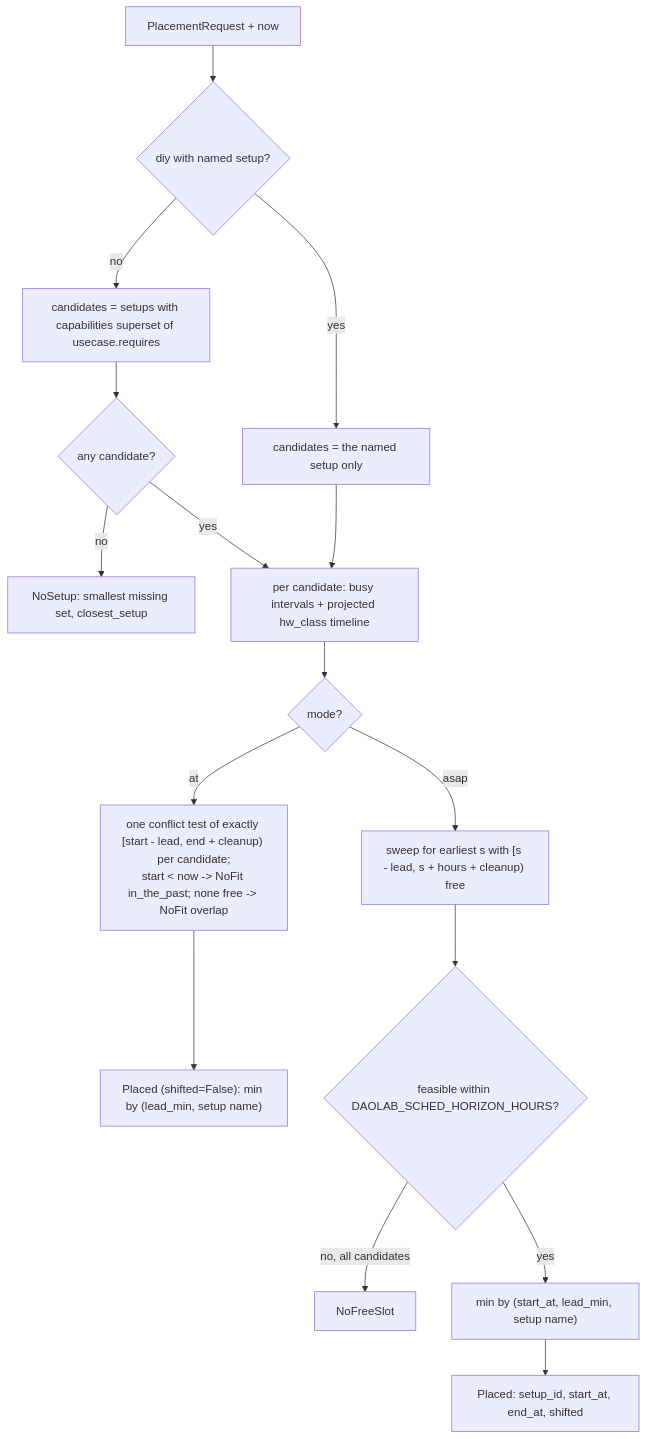
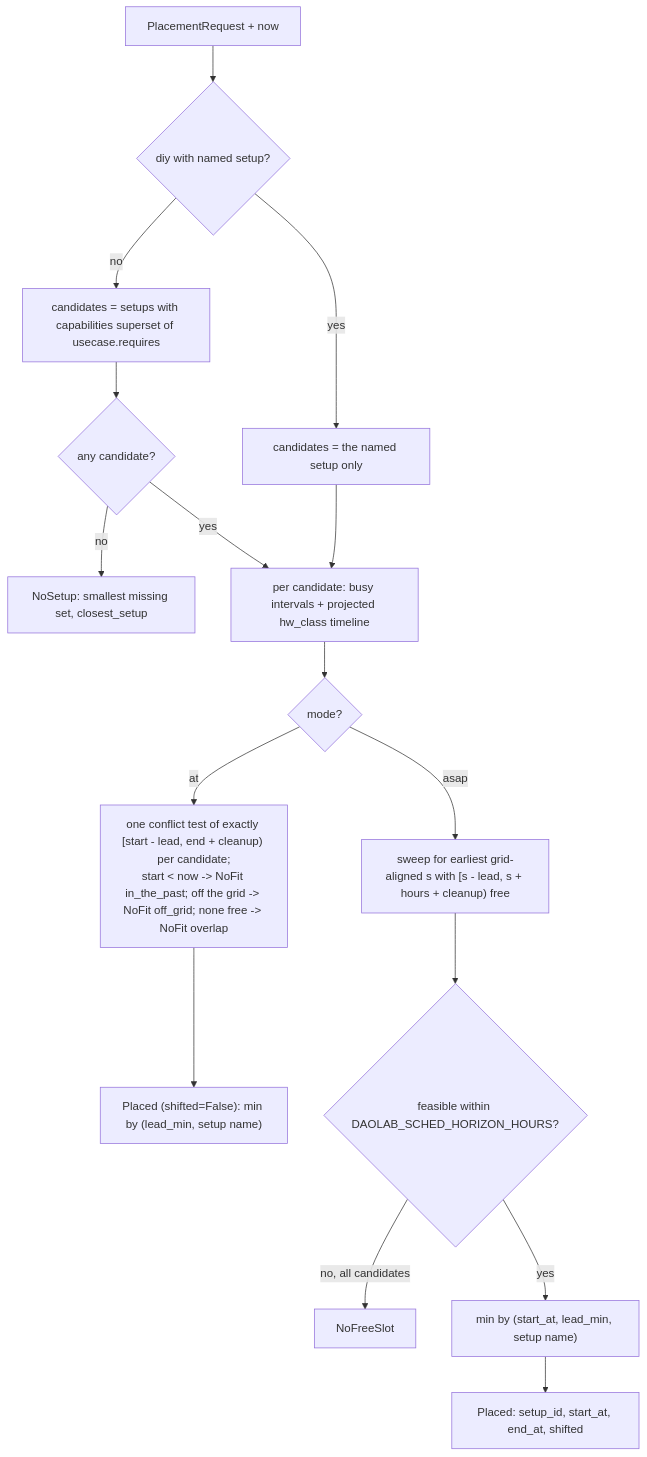
One commit to hrushikesh-sam/dao-lab-selfserve changed the diagram in plan/03-scheduler.md. Above: the diagram before and after it, drawn with Mermaid. The commit also changed other lines of this file and 9 other files, not shown here.

````diff
--- a/plan/03-scheduler.md
+++ b/plan/03-scheduler.md
@@ -99,18 +101,18 @@
 ```mermaid
 flowchart TD
     RQ["PlacementRequest + now"] --> DIY{"diy with named setup?"}
     DIY -- yes --> ONE["candidates = the named setup only"]
     DIY -- no --> FIL["candidates = setups with capabilities superset of usecase.requires"]
     FIL --> ANY{"any candidate?"}
     ANY -- no --> NS["NoSetup: smallest missing set, closest_setup"]
     ANY -- yes --> TL["per candidate: busy intervals + projected hw_class timeline"]
     ONE --> TL
     TL --> MD{"mode?"}
-    MD -- at --> AT["one conflict test of exactly [start - lead, end + cleanup) per candidate;<br/>start < now -> NoFit in_the_past; none free -> NoFit overlap"]
+    MD -- at --> AT["one conflict test of exactly [start - lead, end + cleanup) per candidate;<br/>start < now -> NoFit in_the_past; off the grid -> NoFit off_grid; none free -> NoFit overlap"]
     AT --> PICKAT["Placed (shifted=False): min by (lead_min, setup name)"]
-    MD -- asap --> SW["sweep for earliest s with [s - lead, s + hours + cleanup) free"]
+    MD -- asap --> SW["sweep for earliest grid-aligned s with [s - lead, s + hours + cleanup) free"]
     SW --> OK{"feasible within DAOLAB_SCHED_HORIZON_HOURS?"}
     OK -- "no, all candidates" --> NF["NoFreeSlot"]
     OK -- yes --> PICK["min by (start_at, lead_min, setup name)"]
     PICK --> PL["Placed: setup_id, start_at, end_at, shifted"]
 ```
````
